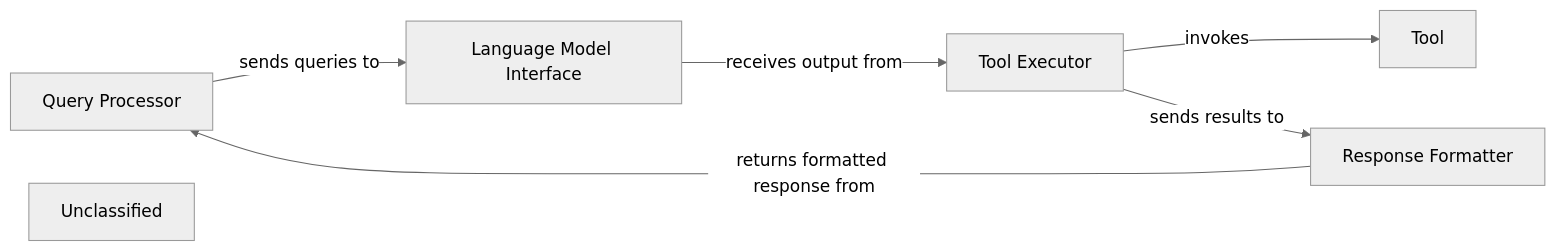
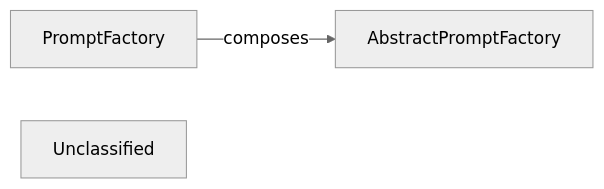
Before and after one commit to CodeBoarding/CodeBoarding: the second of 7 diagrams in docs/development/architecture.md, drawn with Mermaid (neutral theme). The commit also changed other lines of this file and 19 other files, not shown here.

First line of the commit message:
docs: update codeboarding documentation and generate architecture

````diff
--- a/docs/development/architecture.md
+++ b/docs/development/architecture.md
@@ -107,13 +110,7 @@
 ```mermaid
 graph LR
-    Query_Processor["Query Processor"]
-    Language_Model_Interface["Language Model Interface"]
-    Tool_Executor["Tool Executor"]
-    Response_Formatter["Response Formatter"]
+    AbstractPromptFactory["AbstractPromptFactory"]
+    PromptFactory["PromptFactory"]
     Unclassified["Unclassified"]
-    Query_Processor -- "sends queries to" --> Language_Model_Interface
-    Language_Model_Interface -- "receives output from" --> Tool_Executor
-    Tool_Executor -- "invokes" --> Tool
-    Tool_Executor -- "sends results to" --> Response_Formatter
-    Response_Formatter -- "returns formatted response from" --> Query_Processor
+    PromptFactory -- "composes" --> AbstractPromptFactory
 ```
````
